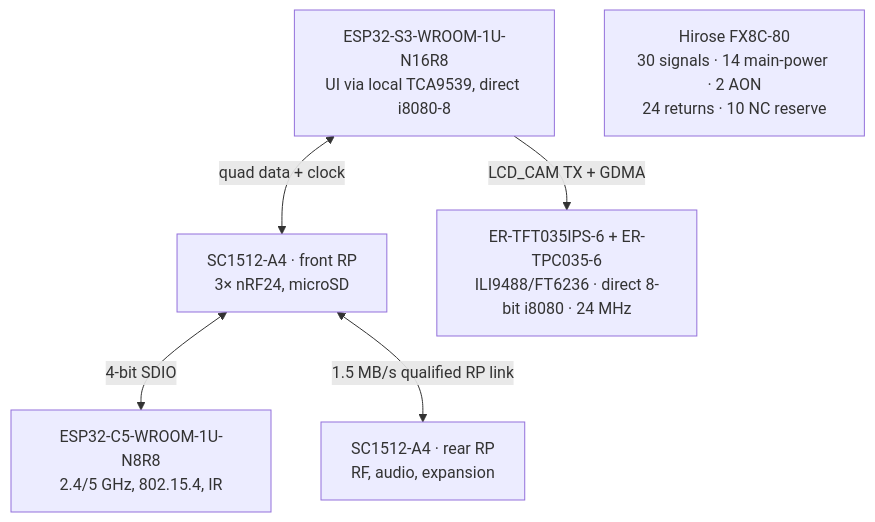
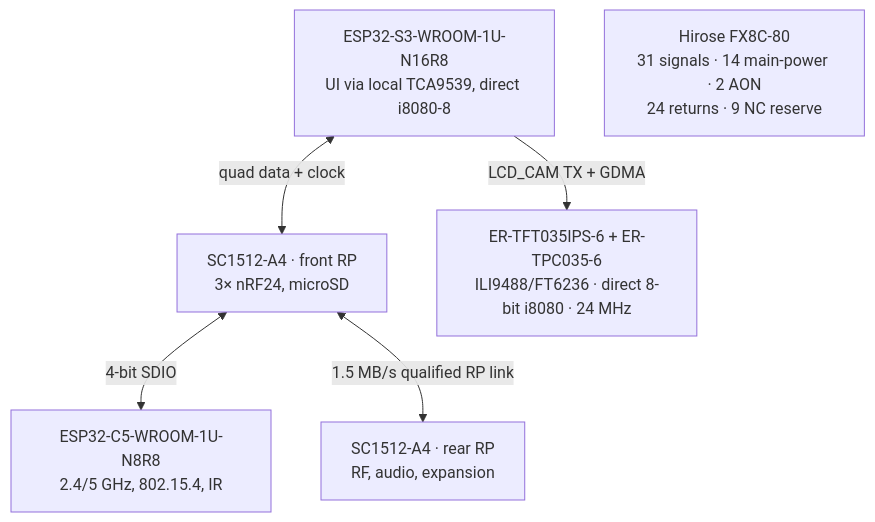
Before and after one commit to anton-vinogradov/esp32-leshy2: the diagram in docs/schematics.md, drawn with Mermaid. The commit also changed other lines of this file and 120 other files, not shown here.

````diff
--- a/docs/schematics.md
+++ b/docs/schematics.md
@@ -34,14 +34,14 @@
 ```mermaid
 flowchart TD
   S3["ESP32-S3-WROOM-1U-N16R8<br/>UI via local TCA9539, direct i8080-8"]
   C5["ESP32-C5-WROOM-1U-N8R8<br/>2.4/5 GHz, 802.15.4, IR"]
   FRP["SC1512-A4 · front RP<br/>3× nRF24, microSD"]
   RRP["SC1512-A4 · rear RP<br/>RF, audio, expansion"]
   LCD["ER-TFT035IPS-6 + ER-TPC035-6<br/>ILI9488/FT6236 · direct 8-bit i8080 · 24 MHz"]
-  M1["Hirose FX8C-80<br/>30 signals · 14 main-power · 2 AON<br/>24 returns · 10 NC reserve"]
+  M1["Hirose FX8C-80<br/>31 signals · 14 main-power · 2 AON<br/>24 returns · 9 NC reserve"]
 
   S3 -->|"LCD_CAM TX + GDMA"| LCD
   S3 <-->|"quad data + clock"| FRP
   FRP <-->|"4-bit SDIO"| C5
   FRP <-->|"1.5 MB/s qualified RP link"| RRP
 ```
````
